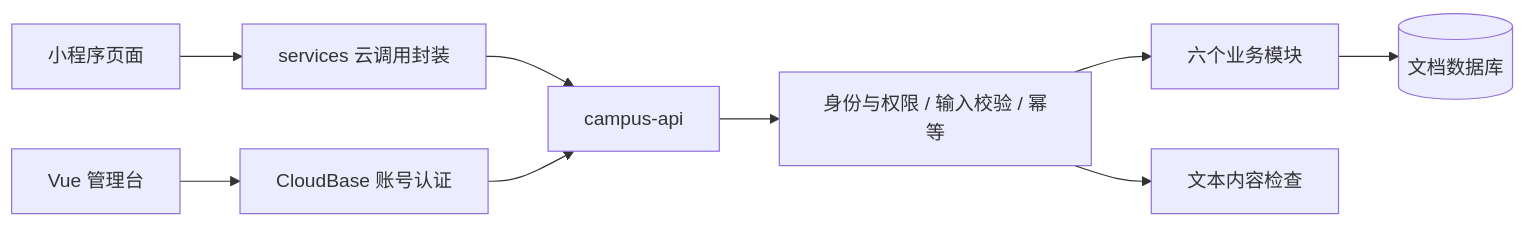
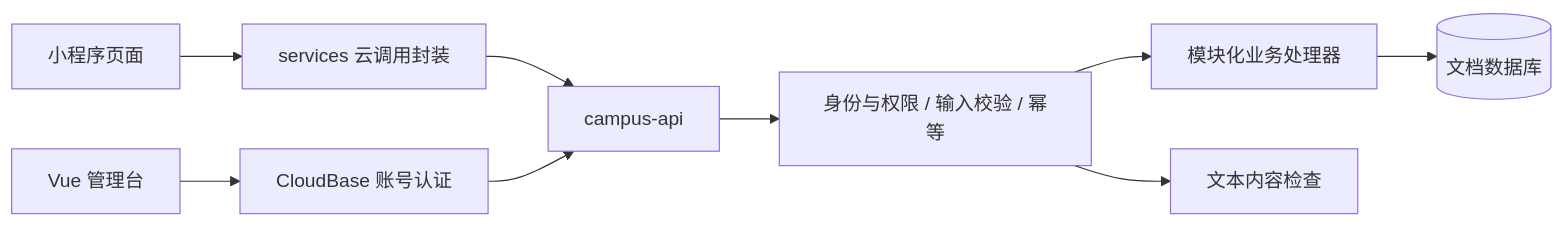
The diagram in docs/technical-study-guide.md (lkuko/ORR), drawn with Mermaid before and after one commit. The commit also changed other lines of this file and 104 other files, not shown here.

````diff
--- a/docs/technical-study-guide.md
+++ b/docs/technical-study-guide.md
@@ -37,11 +39,11 @@
 ```mermaid
 flowchart LR
   M[小程序页面] --> S[services 云调用封装]
   S --> F[campus-api]
   W[Vue 管理台] --> A[CloudBase 账号认证]
   A --> F
   F --> G[身份与权限 / 输入校验 / 幂等]
-  G --> B[六个业务模块]
+  G --> B[模块化业务处理器]
   B --> D[(文档数据库)]
   G --> C[文本内容检查]
 ```
````
